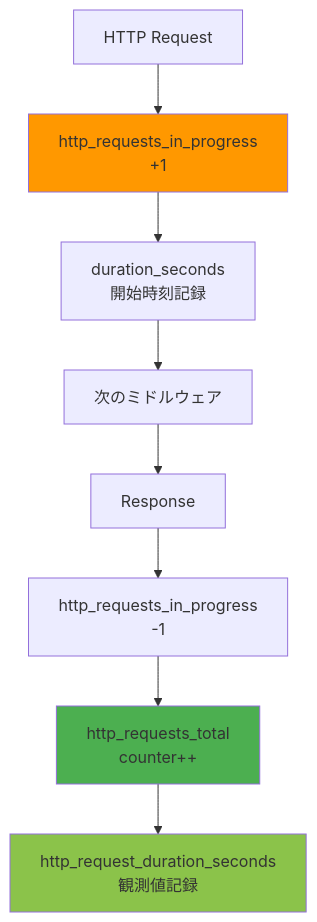
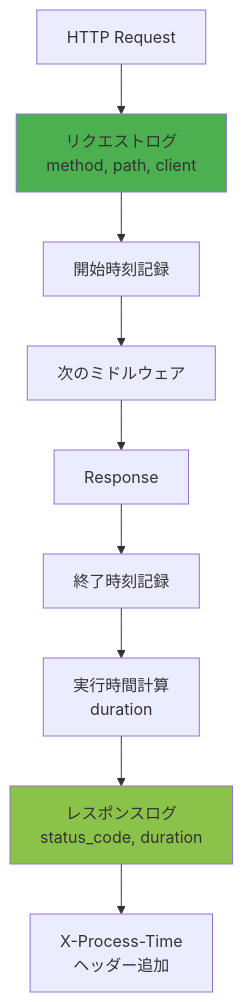
One commit to nomura-koshiro/genai-app-docs changed the sixth of 14 diagrams in docs/specifications/09-middleware/01-middleware-design.md. Above: the diagram before and after it, drawn with Mermaid. The commit also changed other lines of this file and 29 other files, not shown here.

```diff
--- a/docs/specifications/09-middleware/01-middleware-design.md
+++ b/docs/specifications/09-middleware/01-middleware-design.md
@@ -369,21 +443,20 @@
 ::: mermaid
 graph TB
     Request[HTTP Request]
-    Request --> Counter[http_requests_in_progress<br/>+1]
+    Request --> StartLog[リクエストログ<br/>method, path, client]
 
-    Counter --> Histogram[duration_seconds<br/>開始時刻記録]
-
-    Histogram --> Next[次のミドルウェア]
+    StartLog --> StartTime[開始時刻記録]
+    StartTime --> Next[次のミドルウェア]
 
     Next --> Response[Response]
 
-    Response --> Counter2[http_requests_in_progress<br/>-1]
+    Response --> EndTime[終了時刻記録]
+    EndTime --> CalcDuration[実行時間計算<br/>duration]
 
-    Counter2 --> RequestsTotal[http_requests_total<br/>counter++]
+    CalcDuration --> EndLog[レスポンスログ<br/>status_code, duration]
 
-    RequestsTotal --> DurationRecord[http_request_duration_seconds<br/>観測値記録]
+    EndLog --> AddHeader[X-Process-Time<br/>ヘッダー追加]
 
-    style Counter fill:#FF9800
-    style RequestsTotal fill:#4CAF50
-    style DurationRecord fill:#8BC34A
+    style StartLog fill:#4CAF50
+    style EndLog fill:#8BC34A
 :::
```
